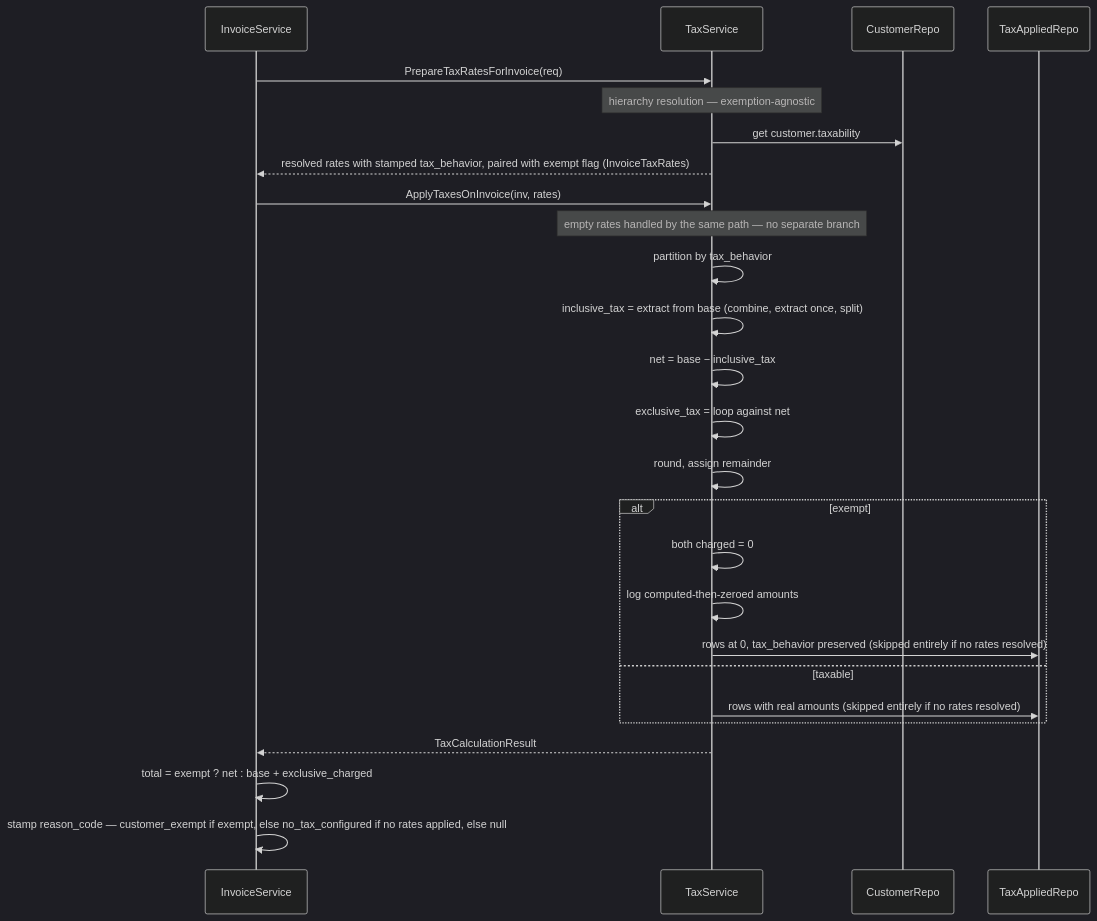
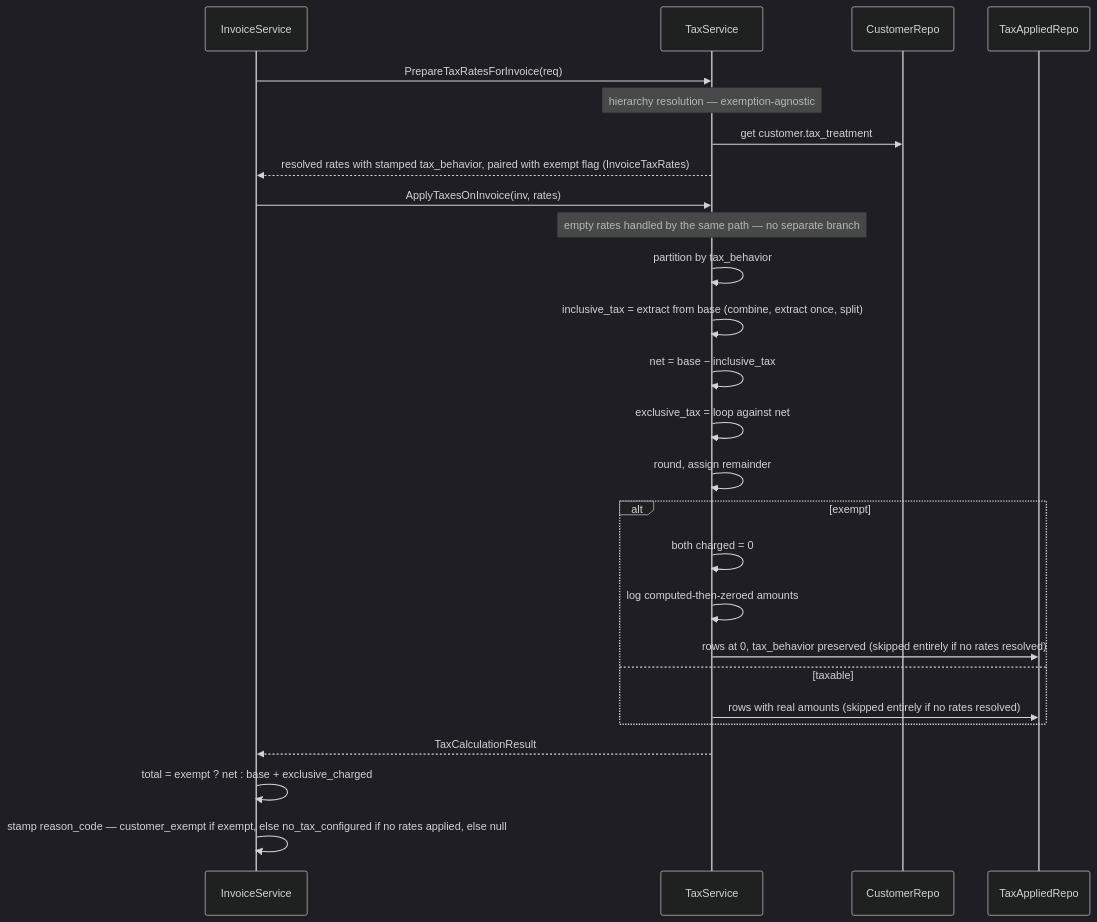
One commit to subratsahilgupta/flexprice changed the fourth of 4 diagrams in docs/design/2026-08-17-FLE-1187-taxation-lineitem-inclusive.md. Above: the diagram before and after it, drawn with Mermaid (dark theme). The commit also changed other lines of this file and 19 other files, not shown here.

Commit message:
refactor(customer): rename taxability to tax_treatment across the codebase, updating related methods, validation, and database schema

````diff
--- a/docs/design/2026-08-17-FLE-1187-taxation-lineitem-inclusive.md
+++ b/docs/design/2026-08-17-FLE-1187-taxation-lineitem-inclusive.md
@@ -548,32 +550,32 @@
 ```mermaid
 sequenceDiagram
     participant IS as InvoiceService
     participant TS as TaxService
     participant CR as CustomerRepo
     participant TA as TaxAppliedRepo
 
     IS->>TS: PrepareTaxRatesForInvoice(req)
     Note over TS: hierarchy resolution — exemption-agnostic
-    TS->>CR: get customer.taxability
+    TS->>CR: get customer.tax_treatment
     TS-->>IS: resolved rates with stamped tax_behavior, paired with exempt flag (InvoiceTaxRates)
 
     IS->>TS: ApplyTaxesOnInvoice(inv, rates)
     Note over TS: empty rates handled by the same path — no separate branch
     TS->>TS: partition by tax_behavior
     TS->>TS: inclusive_tax = extract from base (combine, extract once, split)
     TS->>TS: net = base − inclusive_tax
     TS->>TS: exclusive_tax = loop against net
     TS->>TS: round, assign remainder
 
     alt exempt
         TS->>TS: both charged = 0
         TS->>TS: log computed-then-zeroed amounts
         TS->>TA: rows at 0, tax_behavior preserved (skipped entirely if no rates resolved)
     else taxable
         TS->>TA: rows with real amounts (skipped entirely if no rates resolved)
     end
 
     TS-->>IS: TaxCalculationResult
     IS->>IS: total = exempt ? net : base + exclusive_charged
     IS->>IS: stamp reason_code — customer_exempt if exempt, else no_tax_configured if no rates applied, else null
 ```
````
